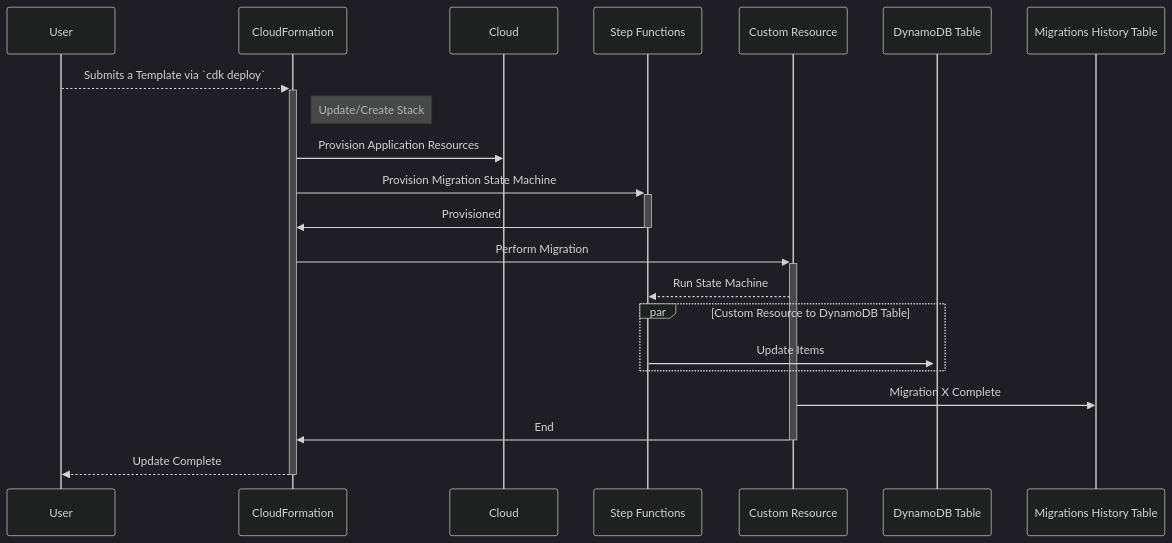
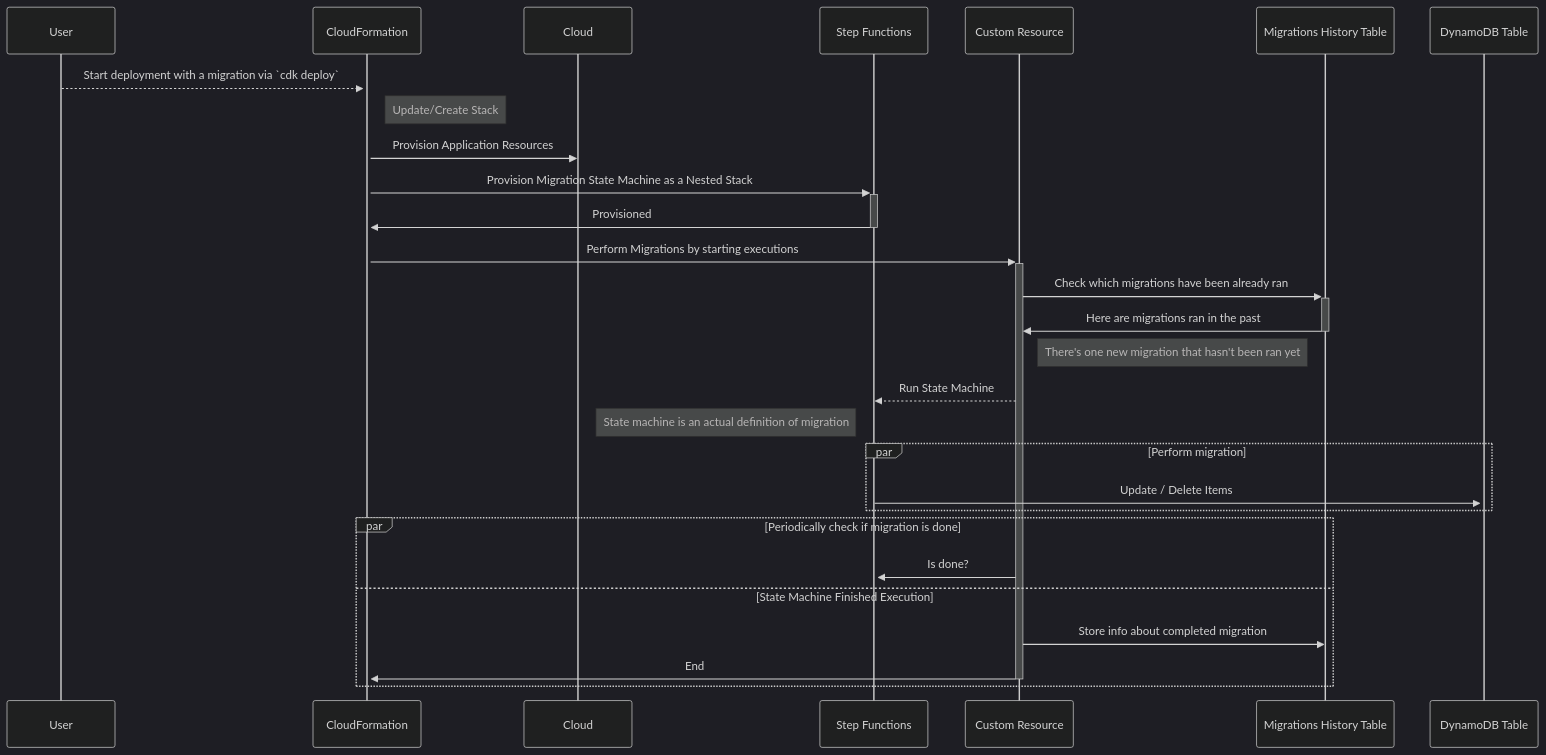
The diagram in README.md (RafalWilinski/dynamodb-migrations), drawn with Mermaid (dark theme) before and after one commit. The commit also changed other lines of this file and 6 other files, not shown here.

````diff
--- a/README.md
+++ b/README.md
@@ -11,18 +11,25 @@
 ```mermaid
 sequenceDiagram
   participant User
   participant CloudFormation
-  User-->>+CloudFormation: Submits a Template via `cdk deploy`
+  User-->>+CloudFormation: Start deployment with a migration via `cdk deploy`
   Note right of CloudFormation: Update/Create Stack
   CloudFormation->>Cloud: Provision Application Resources
-  CloudFormation->>+Step Functions: Provision Migration State Machine
+  CloudFormation->>+Step Functions: Provision Migration State Machine as a Nested Stack
   Step Functions->>-CloudFormation: Provisioned
-  CloudFormation->>+Custom Resource: Perform Migration
+  CloudFormation->>+Custom Resource: Perform Migrations by starting executions
+  Custom Resource->>+Migrations History Table: Check which migrations have been already ran
+  Migrations History Table->>-Custom Resource: Here are migrations ran in the past
+  Note Right of Custom Resource: There's one new migration that hasn't been ran yet
   Custom Resource-->>Step Functions: Run State Machine
-  par Custom Resource to DynamoDB Table
-    Step Functions->>+DynamoDB Table: Update Items
+  Note left of Step Functions: State machine is an actual definition of migration
+  par Perform migration
+    Step Functions->>+DynamoDB Table: Update / Delete Items
   end
-  Custom Resource->>Migrations History Table: Migration X Complete
-  Custom Resource->>-CloudFormation: End
-  CloudFormation-->>-User: Update Complete
+  par Periodically check if migration is done
+    Custom Resource->>+Step Functions: Is done?
+  and State Machine Finished Execution
+    Custom Resource->>Migrations History Table: Store info about completed migration
+    Custom Resource->>-CloudFormation: End
+  end
 ```
````
